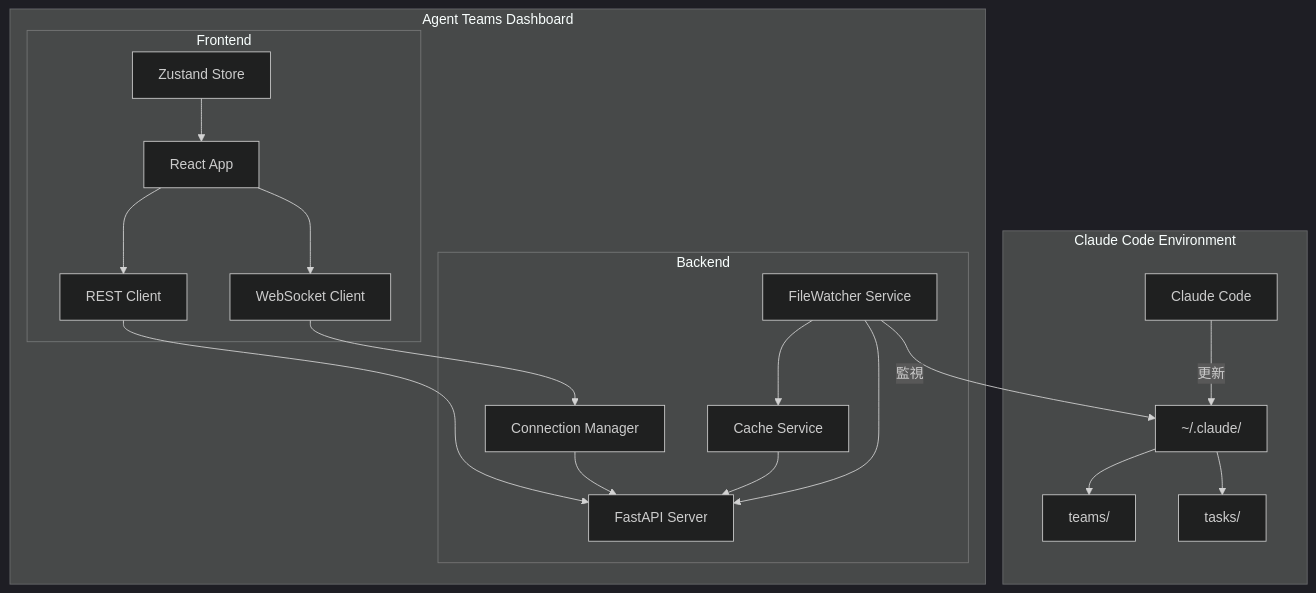
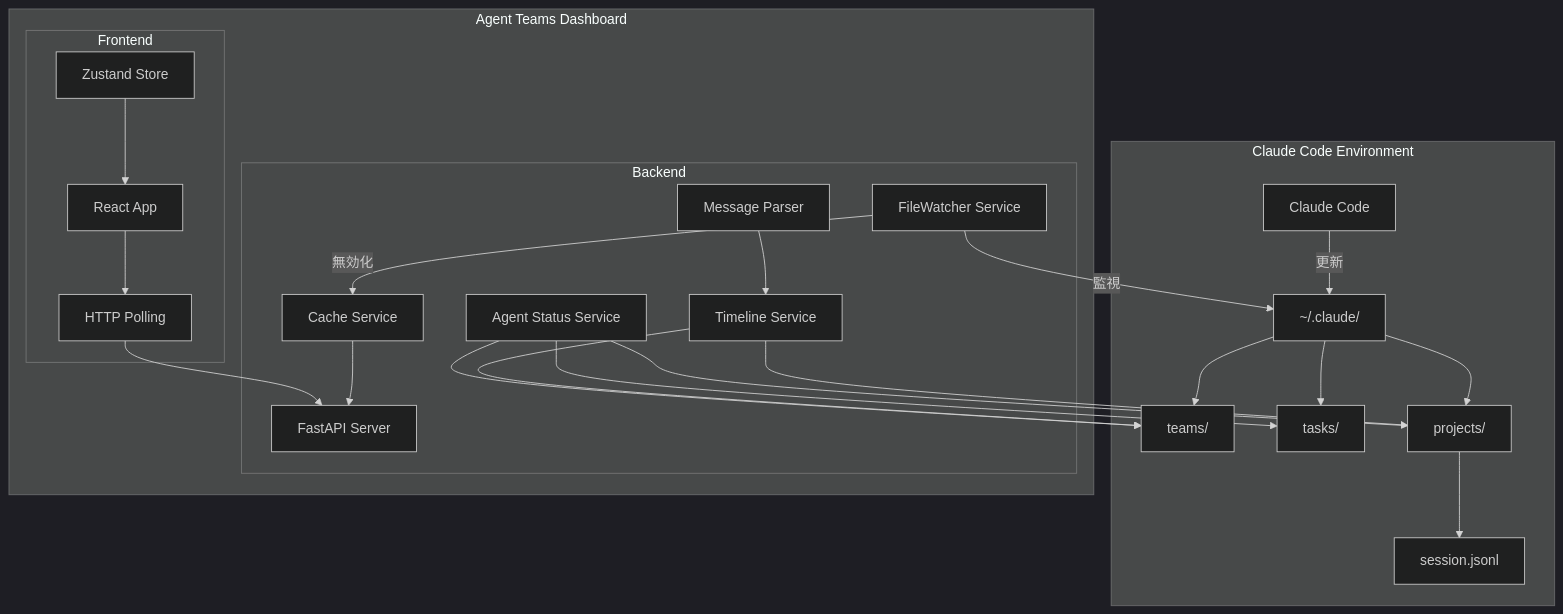
The first of 2 diagrams in docs/spec/system-design.md (JustinWangJP/cc-agent-teams-action-monitor), drawn with Mermaid (dark theme) before and after one commit. The commit also changed other lines of this file and 12 other files, not shown here.

````diff
--- a/docs/spec/system-design.md
+++ b/docs/spec/system-design.md
@@ -38,37 +87,42 @@
 ```mermaid
 graph TB
     subgraph "Claude Code Environment"
         CC[Claude Code]
         CD[~/.claude/]
         CD --> CD1[teams/]
         CD --> CD2[tasks/]
+        CD --> CD3[projects/]
+        CD3 --> CD3a[session.jsonl]
     end
 
     subgraph "Agent Teams Dashboard"
         subgraph "Backend"
             API[FastAPI Server]
             FW[FileWatcher Service]
             CS[Cache Service]
-            CM[Connection Manager]
+            TS[Timeline Service]
+            AS[Agent Status Service]
+            MP[Message Parser]
             FW -->|監視| CD
-            FW --> API
-            FW --> CS
+            FW -->|無効化| CS
             CS --> API
-            CM --> API
+            TS --> CD1
+            TS --> CD3
+            AS --> CD1
+            AS --> CD2
+            AS --> CD3
+            MP --> TS
         end
 
         subgraph "Frontend"
             APP[React App]
-            WS[WebSocket Client]
-            API1[REST Client]
+            POLL[HTTP Polling]
             STORE[Zustand Store]
-            WS --> CM
-            API1 --> API
+            POLL --> API
             STORE --> APP
         end
     end
 
     CC -->|更新| CD
-    APP --> WS
-    APP --> API1
+    APP --> POLL
 ```
````
